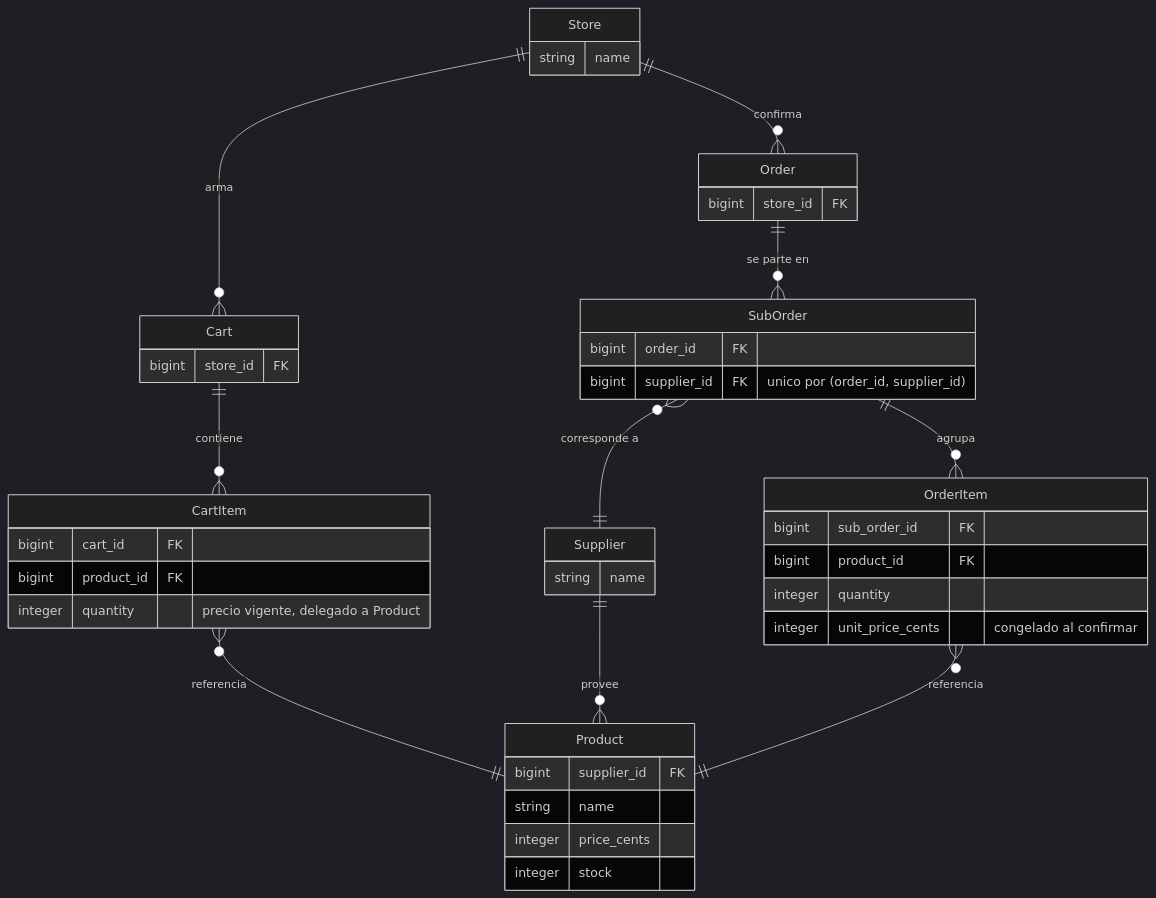
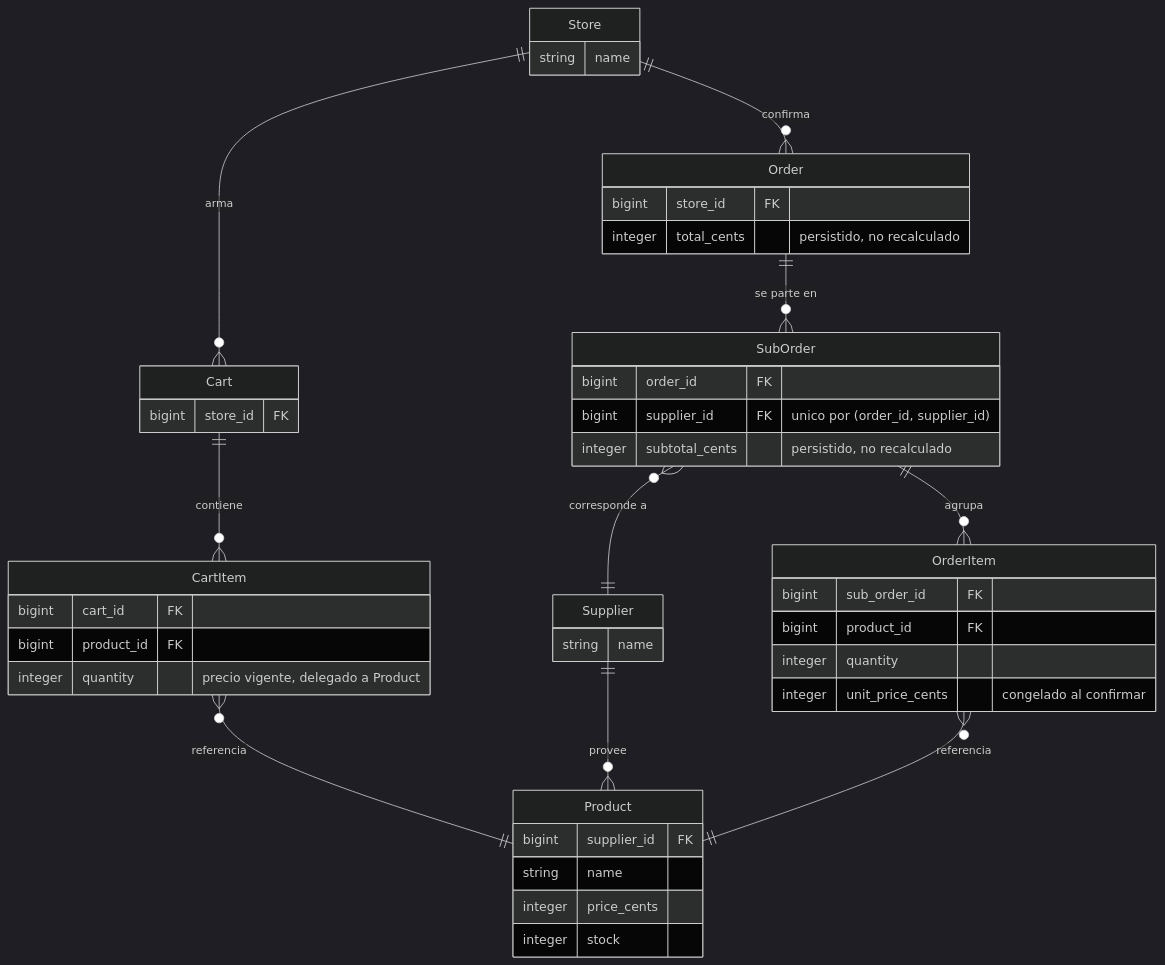
Before and after one commit to sreitze/marketplace-b2b: the diagram in README.md, drawn with Mermaid (dark theme).

Commit message:
docs: agregar total_cents y subtotal_cents al diagrama de dominio

````diff
--- a/README.md
+++ b/README.md
@@ -40,49 +40,51 @@
 ```mermaid
 erDiagram
     Store ||--o{ Cart : "arma"
     Store ||--o{ Order : "confirma"
 
     Cart ||--o{ CartItem : "contiene"
     CartItem }o--|| Product : "referencia"
 
     Supplier ||--o{ Product : "provee"
 
     Order ||--o{ SubOrder : "se parte en"
     SubOrder }o--|| Supplier : "corresponde a"
     SubOrder ||--o{ OrderItem : "agrupa"
     OrderItem }o--|| Product : "referencia"
 
     Store {
         string name
     }
     Supplier {
         string name
     }
     Product {
         bigint supplier_id FK
         string name
         integer price_cents
         integer stock
     }
     Cart {
         bigint store_id FK
     }
     CartItem {
         bigint cart_id FK
         bigint product_id FK
         integer quantity "precio vigente, delegado a Product"
     }
     Order {
         bigint store_id FK
+        integer total_cents "persistido, no recalculado"
     }
     SubOrder {
         bigint order_id FK
         bigint supplier_id FK "unico por (order_id, supplier_id)"
+        integer subtotal_cents "persistido, no recalculado"
     }
     OrderItem {
         bigint sub_order_id FK
         bigint product_id FK
         integer quantity
         integer unit_price_cents "congelado al confirmar"
     }
 ```
````
